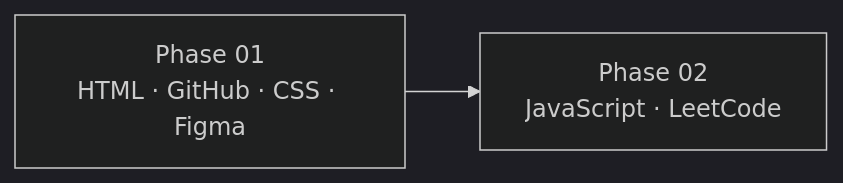
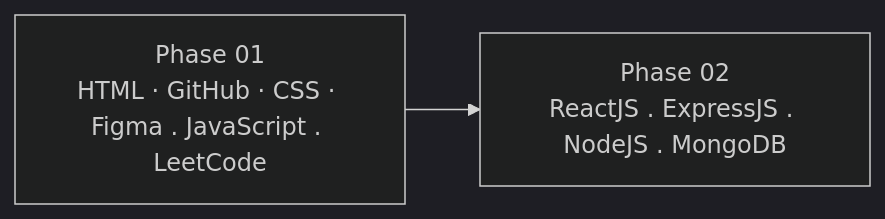
The diagram in README.md (sikander-nawaz/A_Step_Into_Web_Development), drawn with Mermaid (dark theme) before and after one commit. The commit also changed other lines of this file, not shown here.

````diff
--- a/README.md
+++ b/README.md
@@ -31,6 +32,6 @@
 ```mermaid
 flowchart LR
-  P1[Phase 01<br/>HTML · GitHub · CSS · Figma]
-  P2[Phase 02<br/>JavaScript · LeetCode]
+  P1[Phase 01<br/>HTML · GitHub · CSS · Figma . JavaScript . LeetCode]
+  P2[Phase 02<br/>ReactJS . ExpressJS . NodeJS . MongoDB]
   P1 --> P2
 ```
````
